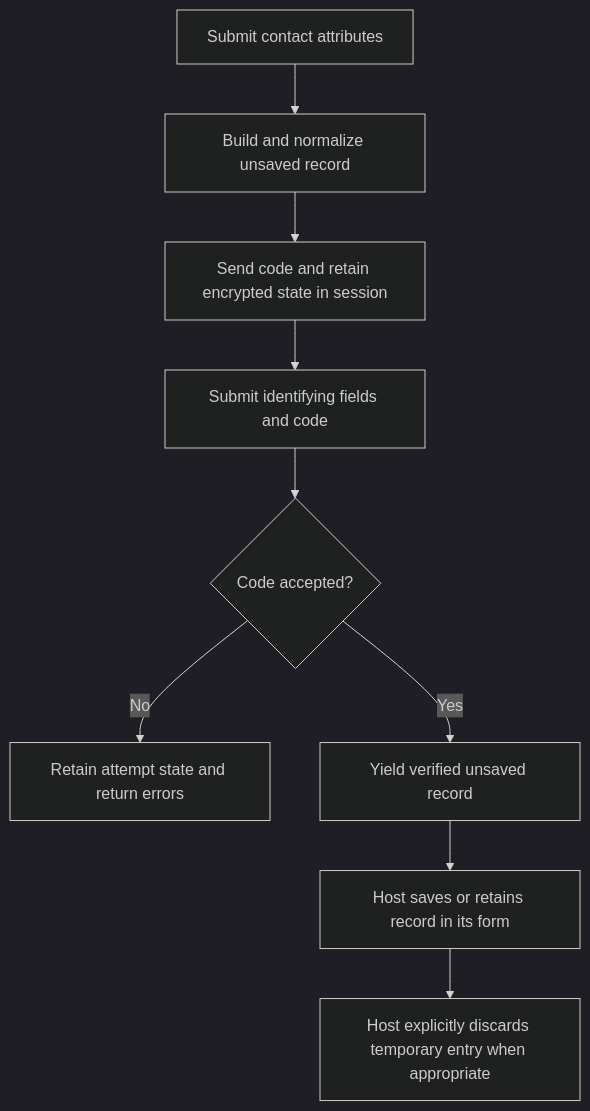
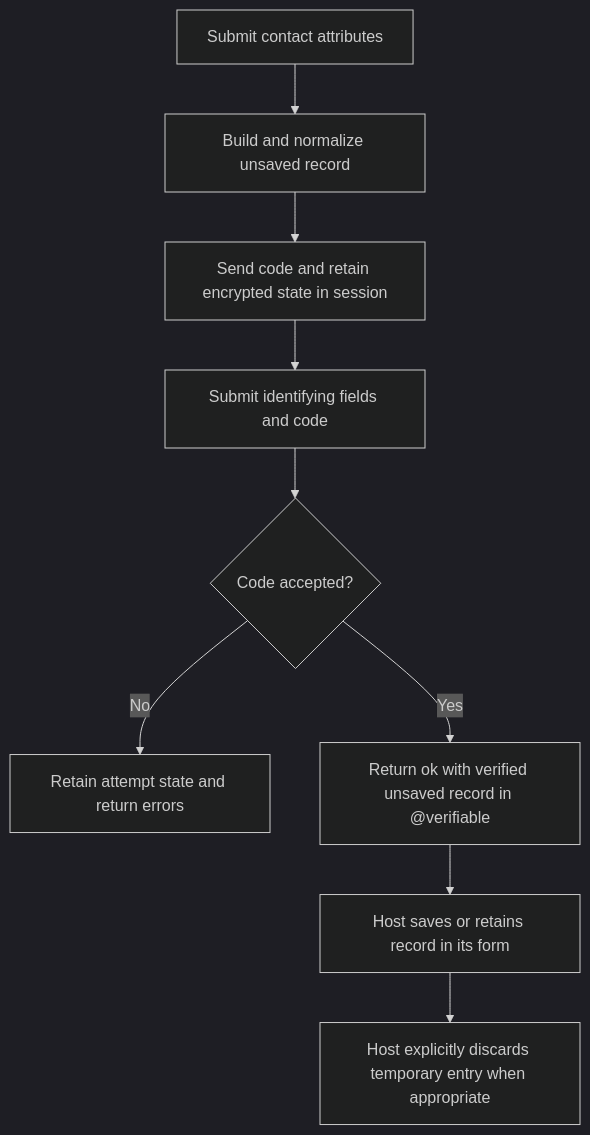
Before and after one commit to NicolasJJensen/rails_vouch: the diagram in docs/verification.md, drawn with Mermaid (dark theme). The commit also changed other lines of this file and 13 other files, not shown here.

````diff
--- a/docs/verification.md
+++ b/docs/verification.md
@@ -151,11 +150,11 @@
 ```mermaid
 flowchart TD
   A[Submit contact attributes] --> B[Build and normalize unsaved record]
   B --> C[Send code and retain encrypted state in session]
   C --> D[Submit identifying fields and code]
   D --> E{Code accepted?}
   E -->|No| F[Retain attempt state and return errors]
-  E -->|Yes| G[Yield verified unsaved record]
+  E -->|Yes| G[Return ok with verified unsaved record in @verifiable]
   G --> H[Host saves or retains record in its form]
   H --> I[Host explicitly discards temporary entry when appropriate]
 ```
````
